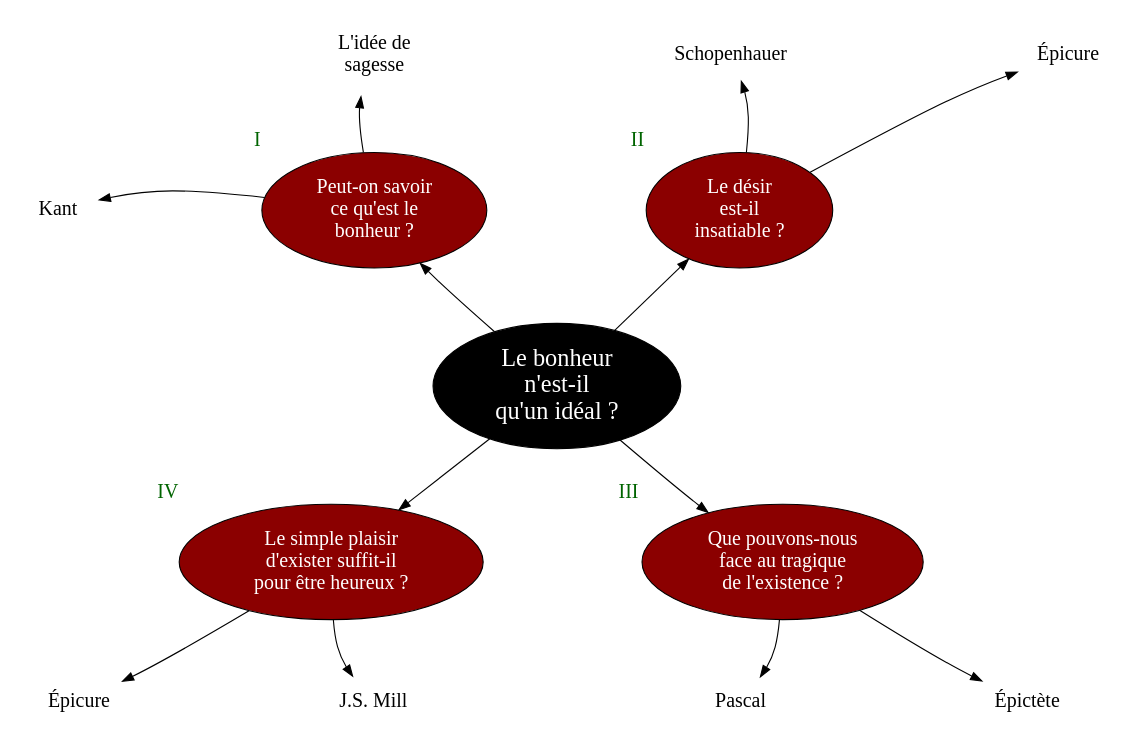
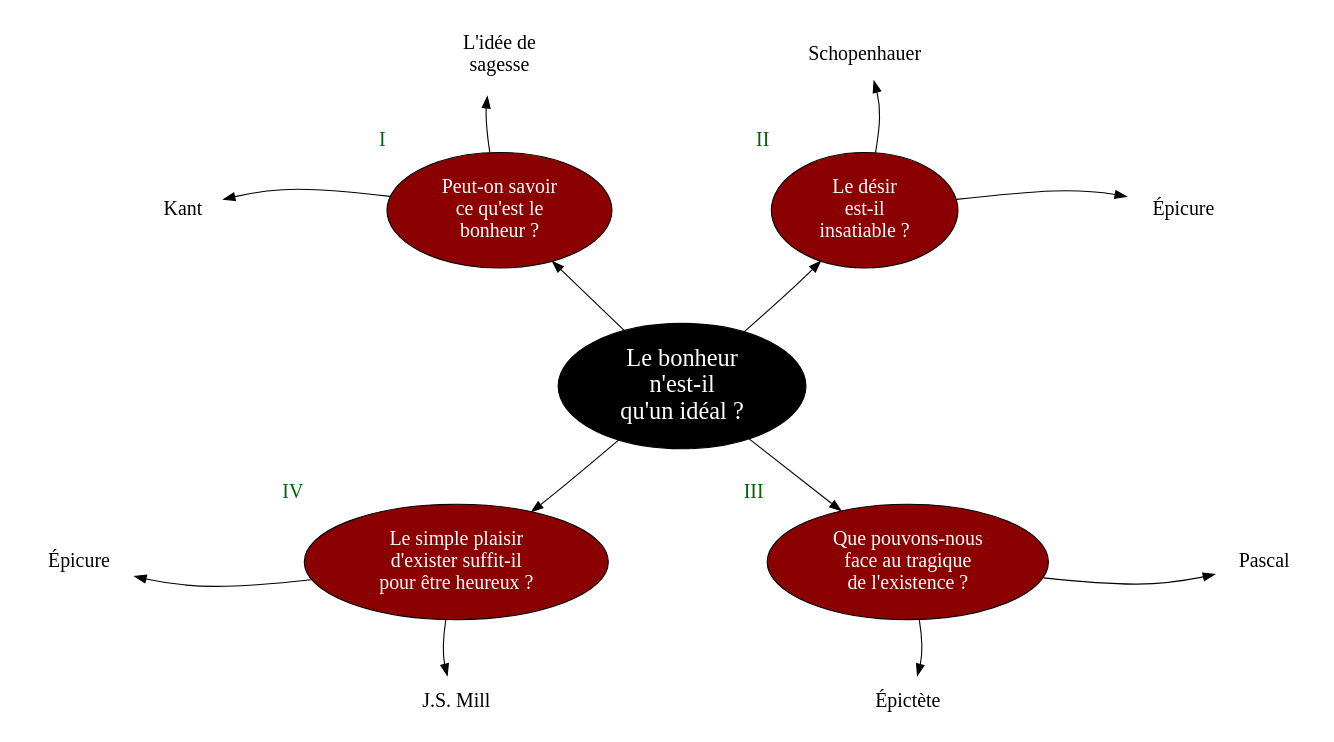
The diagram in plans/test-plan-2.dot (eyssette/graphviz-examples), drawn with Graphviz before and after one commit. The commit also changed 1 other file, not shown here.

```diff
--- a/plans/test-plan-2.dot
+++ b/plans/test-plan-2.dot
@@ -1,63 +1,66 @@
 digraph G {
 splines=curved
 nodesep=2
 ranksep=0.7
 
 node[style=filled, fontcolor=white, fillcolor=black]
 N[label="Le bonheur
 n'est-il
 qu'un idéal ?", fontsize=22]
 
 node[style="rounded, filled", shape=oval, margin=0.1, fillcolor=red4, penwidth=1, fontsize=18, fontcolor=white]
 {a,c}->N[dir=back]
 N->{b,d}
 
 
 {rank=same
 a->c[style=invis]
 }
 
 {rank=same
 d->b[style=invis]
 }
 
 
 // edge[style=invis]
 
 
 
 a[label="Peut-on savoir
 ce qu'est le
 bonheur ?",xlabel=<<FONT color="darkgreen">I</FONT>>]
 c[label="Le désir
 est-il
 insatiable ?",xlabel=<<FONT color="darkgreen">II</FONT>>]
 b[label="Que pouvons-nous
 face au tragique
 de l'existence ?",xlabel=<<FONT color="darkgreen">III</FONT>>]
 d[label="Le simple plaisir
 d'exister suffit-il
 pour être heureux ?",xlabel=<<FONT color="darkgreen">IV</FONT>>]
 
 
 node[color=red4, fillcolor=white, fontcolor=black, penwidth=0]
+{rank=same;a1->a[dir=back]}
 a2->a[dir=back]
-{rank=same;a1->a[dir=back]}
-{c1,c2}->c[dir=back]
-b->{b1,b2}
-d->{d1,d2}
+c1->c[dir=back]
+{rank=same;c->c2}
+{rank=same;b->b1}
+b->b2
+{rank=same;d1->d[dir=back]}
+d->d2
 
 
 a1[label="Kant"]
 a2[label="L'idée de
 sagesse"]
 b1[label="Pascal"]
 b2[label="Épictète"]
 c1[label="Schopenhauer"]
 c2[label="Épicure"]
 d1[label="Épicure"]
 d2[label="J.S. Mill"]
 
 
 
 }
```
